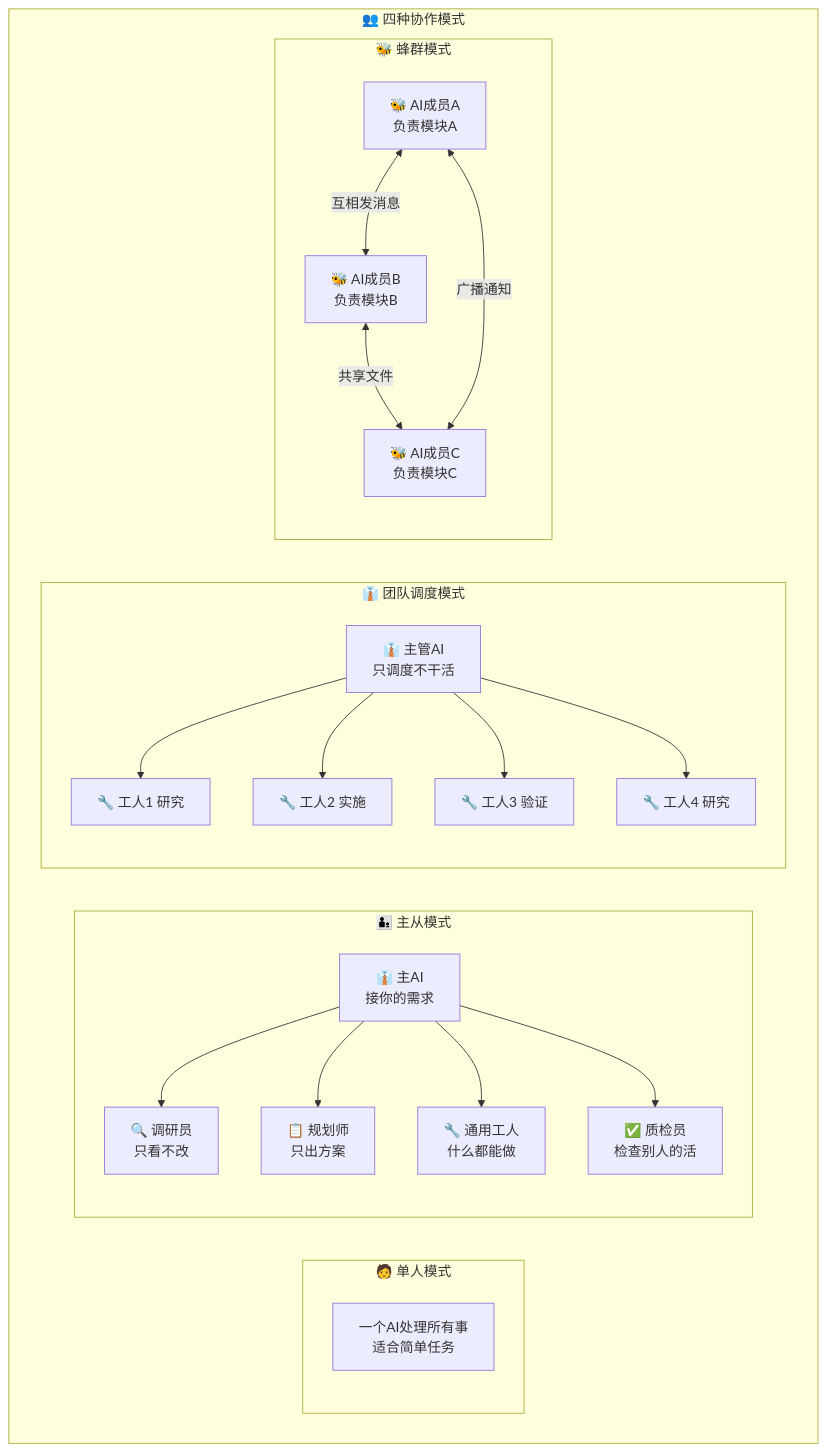
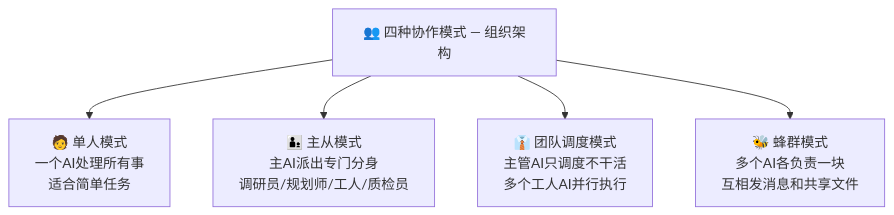
Before and after one commit to WSbaikaishui/claude-code-source-code: diagram 17 of 25 in docs/architecture/00-visual-guide-complete.md, drawn with Mermaid. The commit also changed other lines of this file and 73 other files, not shown here.

First line of the commit message:
Fix all Mermaid diagrams: restore semantics + fix dimensions

````diff
--- a/docs/architecture/00-visual-guide-complete.md
+++ b/docs/architecture/00-visual-guide-complete.md
@@ -507,41 +485,8 @@
 ```mermaid
 graph TD
-    subgraph MODES_AGENT["👥 四种协作模式"]
-        subgraph M1["🧑 单人模式"]
-            SOLO["一个AI处理所有事<br/>适合简单任务"]
-        end
-
-        subgraph M2["👨‍👦 主从模式"]
-            MAIN["👔 主AI<br/>接你的需求"]
-            SUB1["🔍 调研员<br/>只看不改"]
-            SUB2["📋 规划师<br/>只出方案"]
-            SUB3["🔧 通用工人<br/>什么都能做"]
-            SUB4["✅ 质检员<br/>检查别人的活"]
-            MAIN --> SUB1
-            MAIN --> SUB2
-            MAIN --> SUB3
-            MAIN --> SUB4
-        end
-
-        subgraph M3["👔 团队调度模式"]
-            BOSS["👔 主管AI<br/>只调度不干活"]
-            W1["🔧 工人1 研究"]
-            W2["🔧 工人2 实施"]
-            W3["🔧 工人3 验证"]
-            W4["🔧 工人4 研究"]
-            BOSS --> W1
-            BOSS --> W2
-            BOSS --> W3
-            BOSS --> W4
-        end
-
-        subgraph M4["🐝 蜂群模式"]
-            BEE1["🐝 AI成员A<br/>负责模块A"]
-            BEE2["🐝 AI成员B<br/>负责模块B"]
-            BEE3["🐝 AI成员C<br/>负责模块C"]
-            BEE1 <-->|"互相发消息"| BEE2
-            BEE2 <-->|"共享文件"| BEE3
-            BEE1 <-->|"广播通知"| BEE3
-        end
-    end
+    TITLE_M["👥 四种协作模式 — 组织架构"]
+    TITLE_M --> SOLO["🧑 单人模式<br/>一个AI处理所有事<br/>适合简单任务"]
+    TITLE_M --> MASTER["👨‍👦 主从模式<br/>主AI派出专门分身<br/>调研员/规划师/工人/质检员"]
+    TITLE_M --> DISPATCH["👔 团队调度模式<br/>主管AI只调度不干活<br/>多个工人AI并行执行"]
+    TITLE_M --> SWARM["🐝 蜂群模式<br/>多个AI各负责一块<br/>互相发消息和共享文件"]
 ```
````
